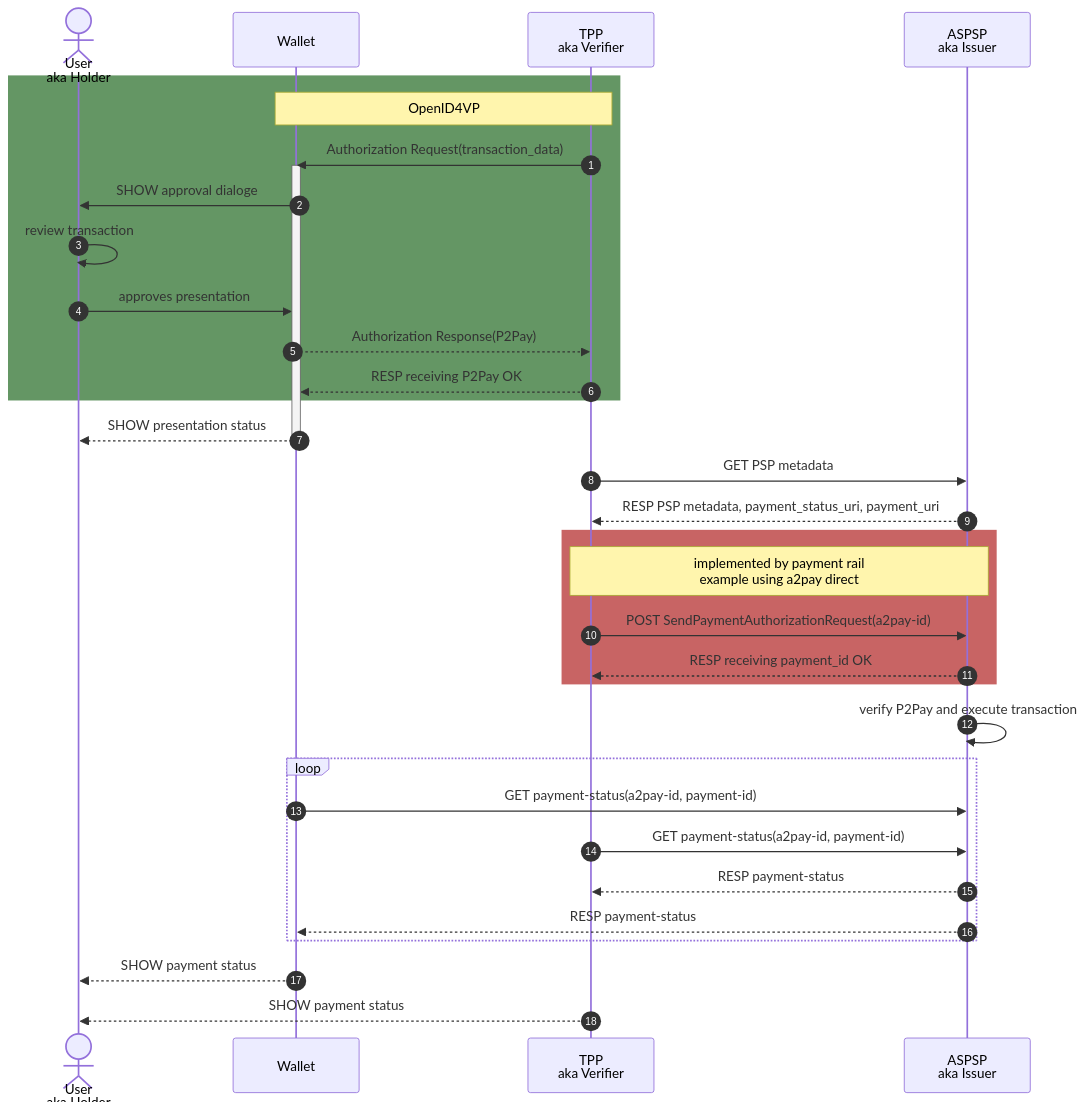
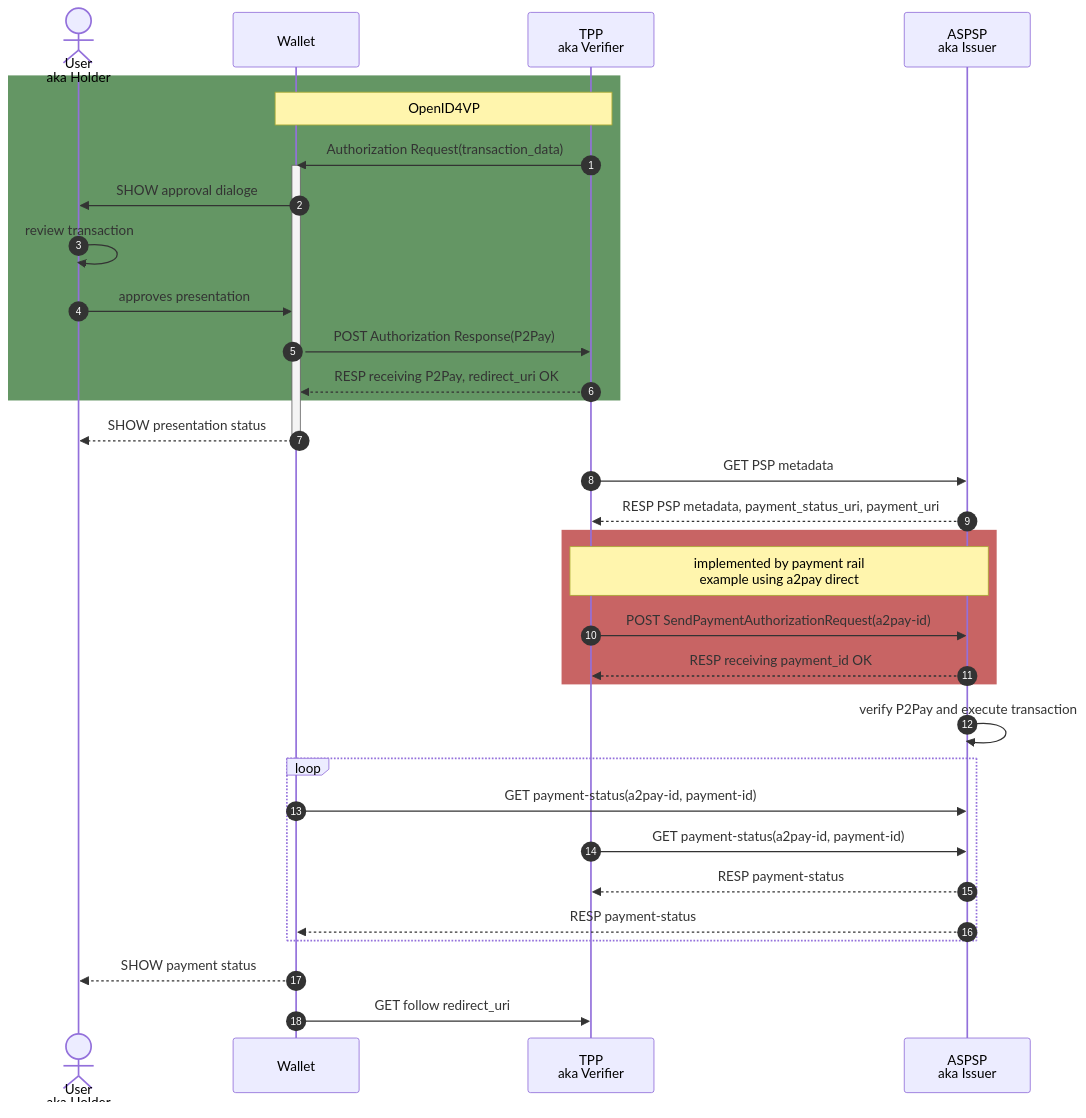
One commit to nobid-consortium/payment-reference-documentation changed the second of 3 diagrams in payment-reference-doc.md. Above: the diagram before and after it, drawn with Mermaid. The commit also changed other lines of this file and 1 other file, not shown here.

Commit message:
updated diagramms

````diff
--- a/payment-reference-doc.md
+++ b/payment-reference-doc.md
@@ -388,37 +391,37 @@
 ```mermaid
 
 sequenceDiagram
     autonumber
     actor user as User<br/>aka Holder
     participant wallet as Wallet
     participant psp2 as TPP<br/>aka Verifier
     participant psp as ASPSP<br/>aka Issuer
     rect rgb(100, 150, 100)
     note over wallet, psp2: OpenID4VP
     psp2 ->> wallet: Authorization Request(transaction_data)
     activate wallet
     wallet ->> user: SHOW approval dialoge
     user ->> user: review transaction
     user ->> wallet: approves presentation
-    wallet -->> psp2: Authorization Response(P2Pay)
-    psp2 -->> wallet: RESP receiving P2Pay OK
+    wallet ->> psp2: POST Authorization Response(P2Pay)
+    psp2 -->> wallet: RESP receiving P2Pay, redirect_uri OK
     end
     wallet -->> user: SHOW presentation status
     deactivate wallet
     psp2 ->> psp: GET PSP metadata
     psp -->> psp2: RESP PSP metadata, payment_status_uri, payment_uri
     rect rgb(200, 100, 100)
     note over psp, psp2: implemented by payment rail<br>example using a2pay direct  
     psp2 ->> psp: POST SendPaymentAuthorizationRequest(a2pay-id)
     psp -->> psp2: RESP receiving payment_id OK 
     end
     psp ->> psp: verify P2Pay and execute transaction
     loop
     wallet ->> psp: GET payment-status(a2pay-id, payment-id)
     psp2 ->> psp: GET payment-status(a2pay-id, payment-id)
     psp -->> psp2: RESP payment-status 
     psp -->> wallet: RESP payment-status
     end
     wallet -->> user: SHOW payment status
-    psp2 -->> user: SHOW payment status
+    wallet ->> psp2: GET follow redirect_uri
 ```
````
